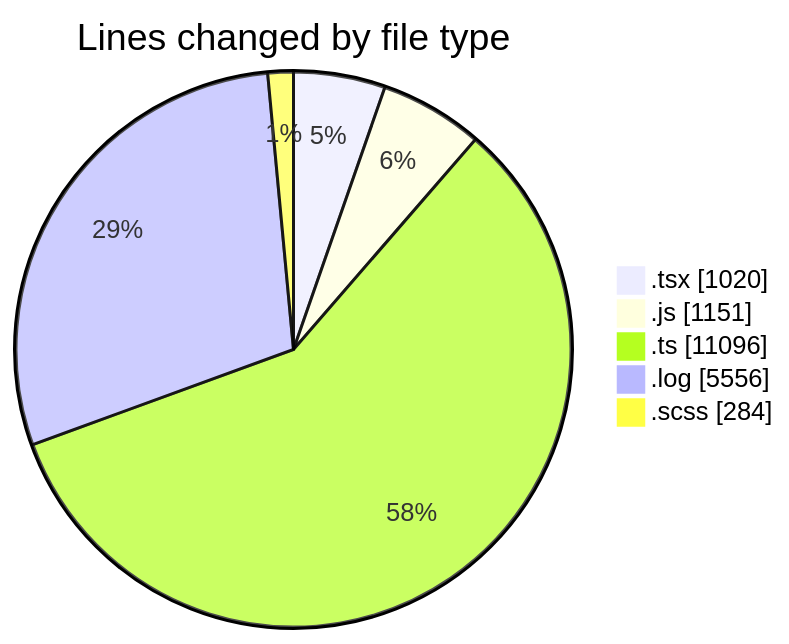
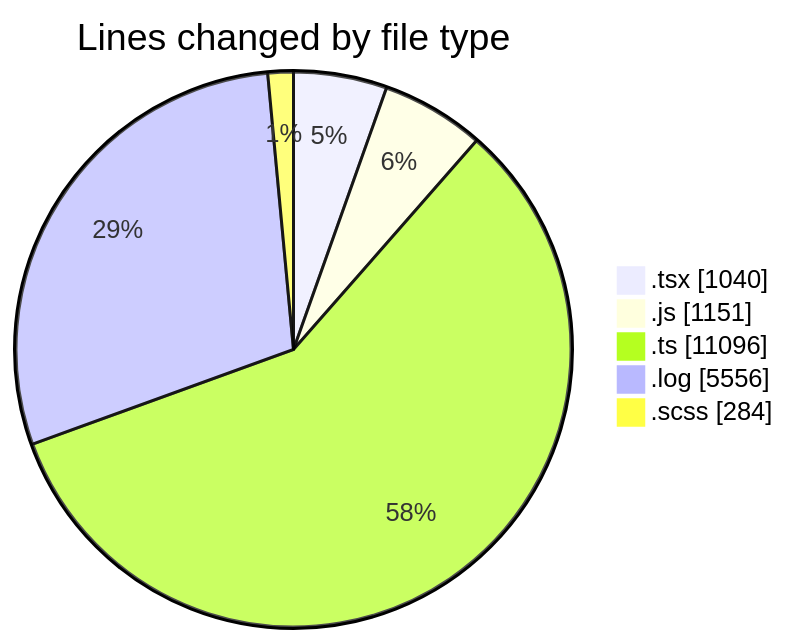
Before and after one commit to momahboobian/code-tracking: the first of 2 diagrams in 2026-04-09/cda/README.md, drawn with Mermaid. The commit also changed other lines of this file and 1 other file, not shown here.

````diff
--- a/2026-04-09/cda/README.md
+++ b/2026-04-09/cda/README.md
@@ -32,9 +32,9 @@
 ```mermaid
 pie showData
 title Lines changed by file type
-".tsx" : 1020
+".tsx" : 1040
 ".js" : 1151
 ".ts" : 11096
 ".log" : 5556
 ".scss" : 284
 ```
````
